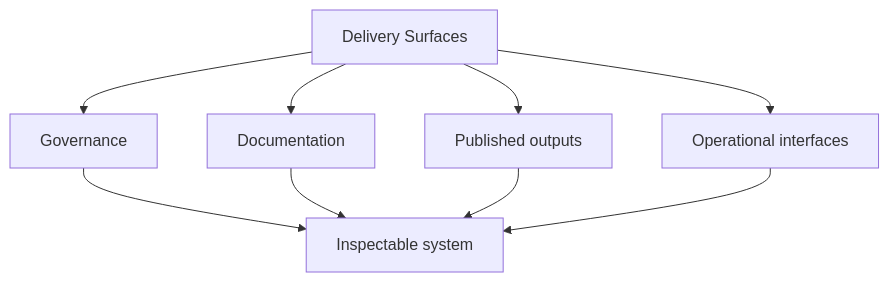
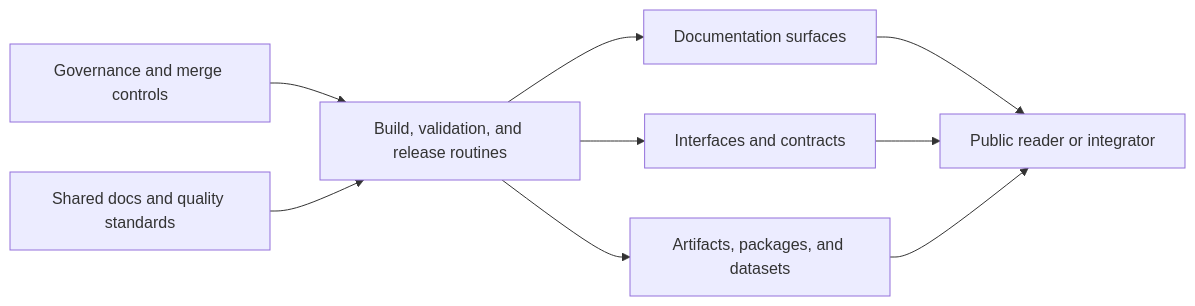
The diagram in docs/01-platform/delivery-surfaces/index.md (bijux/bijux.github.io), drawn with Mermaid before and after one commit. The commit also changed other lines of this file, not shown here.

Commit message:
docs(platform): redraw delivery proof flow

````diff
--- a/docs/01-platform/delivery-surfaces/index.md
+++ b/docs/01-platform/delivery-surfaces/index.md
@@ -28,12 +28,11 @@
 ```mermaid
-graph TD
-    delivery["Delivery Surfaces"] --> governance["Governance"]
-    delivery --> docs["Documentation"]
-    delivery --> outputs["Published outputs"]
-    delivery --> interfaces["Operational interfaces"]
-
-    governance --> inspectable["Inspectable system"]
-    docs --> inspectable
-    outputs --> inspectable
-    interfaces --> inspectable
+graph LR
+    governance["Governance and merge controls"] --> build["Build, validation, and release routines"]
+    standards["Shared docs and quality standards"] --> build
+    build --> docs["Documentation surfaces"]
+    build --> interfaces["Interfaces and contracts"]
+    build --> artifacts["Artifacts, packages, and datasets"]
+    docs --> reader["Public reader or integrator"]
+    interfaces --> reader
+    artifacts --> reader
 ```
````
